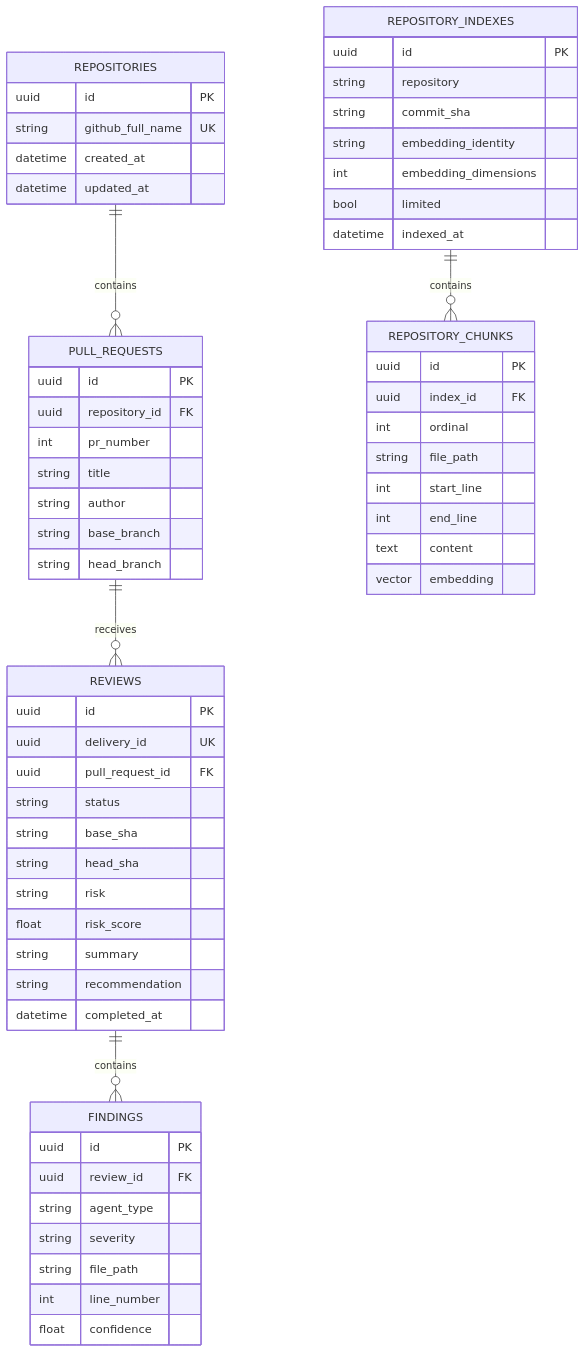
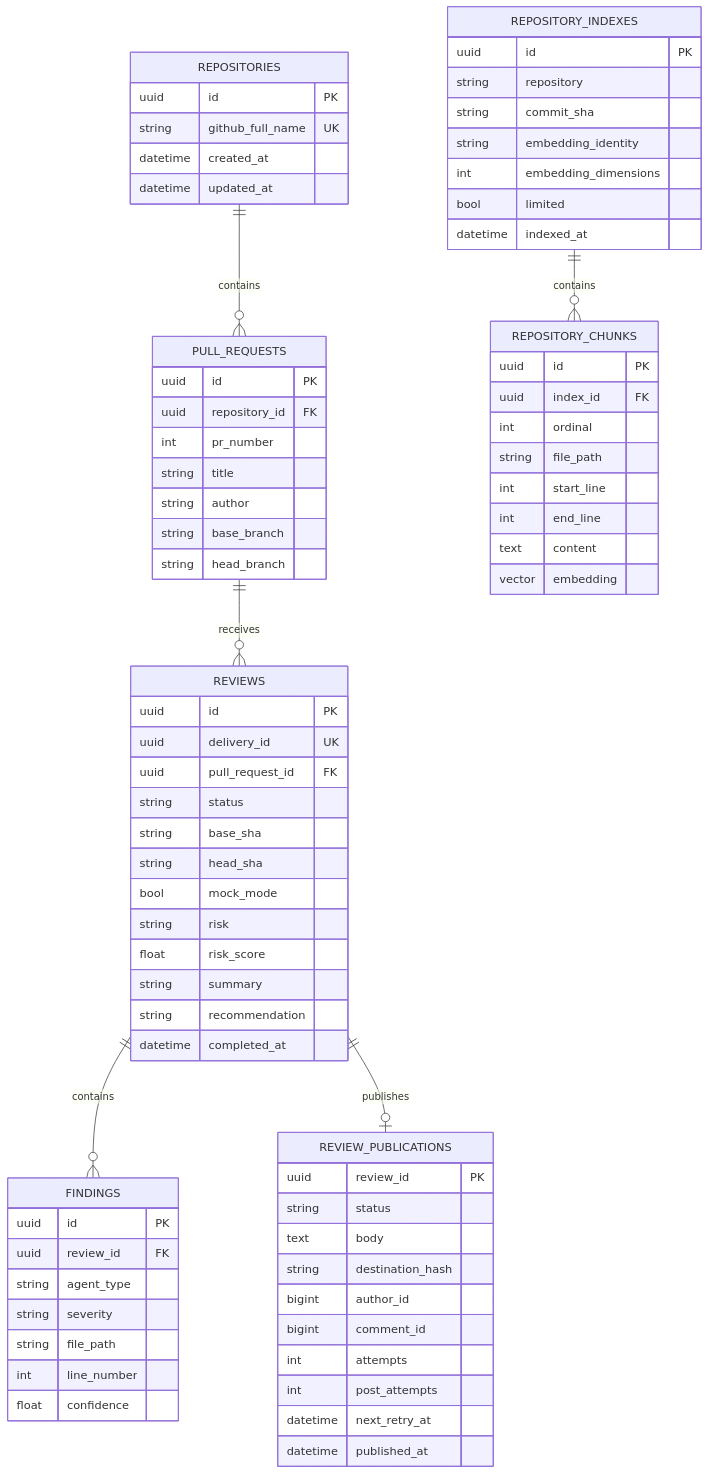
One commit to vish-dumps/AI-pull-request-Agent changed the fifth of 5 diagrams in README.md. Above: the diagram before and after it, drawn with Mermaid. The commit also changed other lines of this file and 44 other files, not shown here.

````diff
--- a/README.md
+++ b/README.md
@@ -324,63 +341,77 @@
 ```mermaid
 erDiagram
     REPOSITORIES ||--o{ PULL_REQUESTS : contains
     PULL_REQUESTS ||--o{ REVIEWS : receives
     REVIEWS ||--o{ FINDINGS : contains
+    REVIEWS ||--o| REVIEW_PUBLICATIONS : publishes
     REPOSITORY_INDEXES ||--o{ REPOSITORY_CHUNKS : contains
     REPOSITORIES {
         uuid id PK
         string github_full_name UK
         datetime created_at
         datetime updated_at
     }
     PULL_REQUESTS {
         uuid id PK
         uuid repository_id FK
         int pr_number
         string title
         string author
         string base_branch
         string head_branch
     }
     REVIEWS {
         uuid id PK
         uuid delivery_id UK
         uuid pull_request_id FK
         string status
         string base_sha
         string head_sha
+        bool mock_mode
         string risk
         float risk_score
         string summary
         string recommendation
         datetime completed_at
     }
     FINDINGS {
         uuid id PK
         uuid review_id FK
         string agent_type
         string severity
         string file_path
         int line_number
         float confidence
     }
     REPOSITORY_INDEXES {
         uuid id PK
         string repository
         string commit_sha
         string embedding_identity
         int embedding_dimensions
         bool limited
         datetime indexed_at
     }
     REPOSITORY_CHUNKS {
         uuid id PK
         uuid index_id FK
         int ordinal
         string file_path
         int start_line
         int end_line
         text content
         vector embedding
     }
+    REVIEW_PUBLICATIONS {
+        uuid review_id PK
+        string status
+        text body
+        string destination_hash
+        bigint author_id
+        bigint comment_id
+        int attempts
+        int post_attempts
+        datetime next_retry_at
+        datetime published_at
+    }
 ```
````
